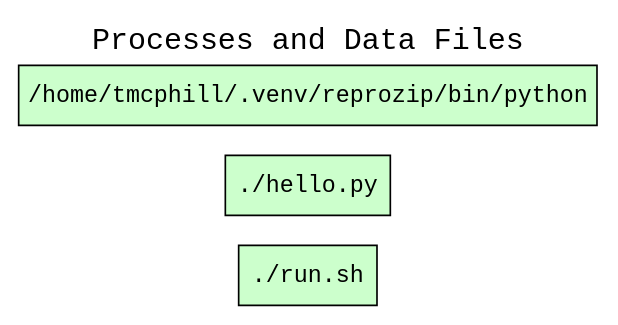
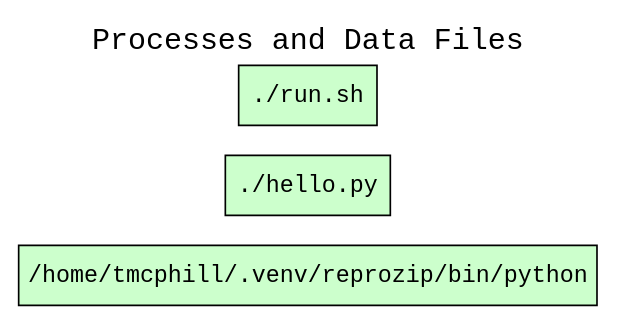
Before and after one commit to CIRSS/cpr: the diagram in examples/06-hello-python/graphs/wt_processes_and_data_files.dot, drawn with Graphviz. The commit also changed other lines of this file and 26 other files, not shown here.

```diff
--- a/examples/06-hello-python/graphs/wt_processes_and_data_files.dot
+++ b/examples/06-hello-python/graphs/wt_processes_and_data_files.dot
@@ -1,11 +1,11 @@
 
 digraph wt_run {
 rankdir=LR
 fontname=Courier; fontsize=18; labelloc=t
 label="Processes and Data Files"
 node[shape=box style="filled" fillcolor="#CCFFCC" peripheries=1 fontname=Courier]
+"exe:e3" [label="/home/tmcphill/.venv/reprozip/bin/python"]
+"exe:e2" [label="./hello.py"]
 "exe:e1" [label="./run.sh"]
-"exe:e2" [label="./hello.py"]
-"exe:e3" [label="/home/tmcphill/.venv/reprozip/bin/python"]
 node[shape=box style="rounded,filled" fillcolor="#FFFFCC" peripheries=1 fontname=Helvetica]
 }
```
